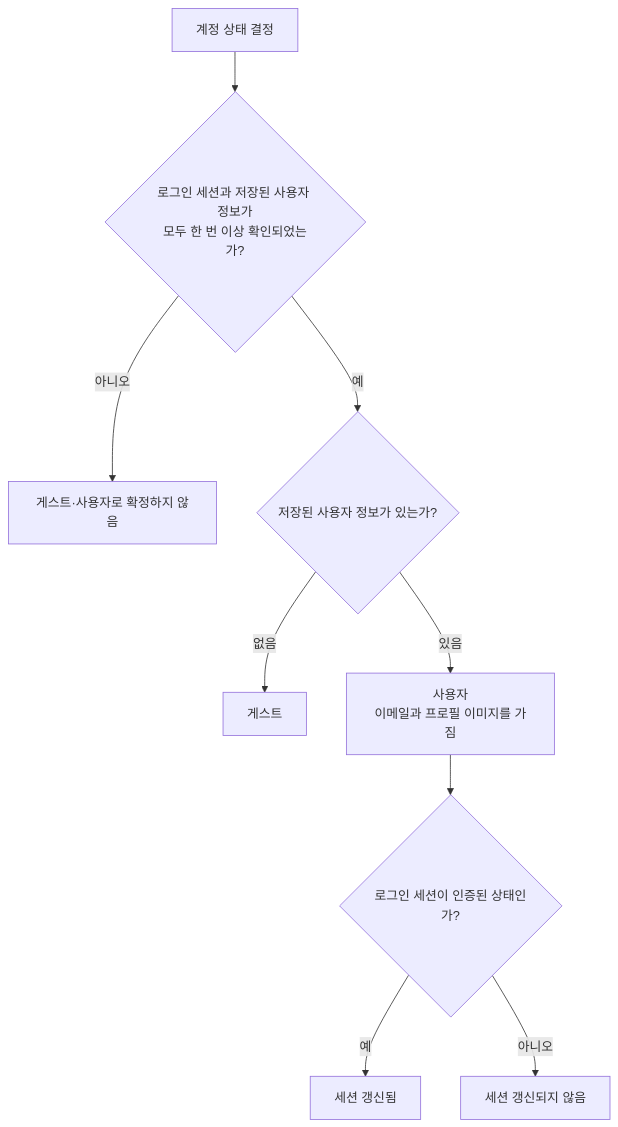
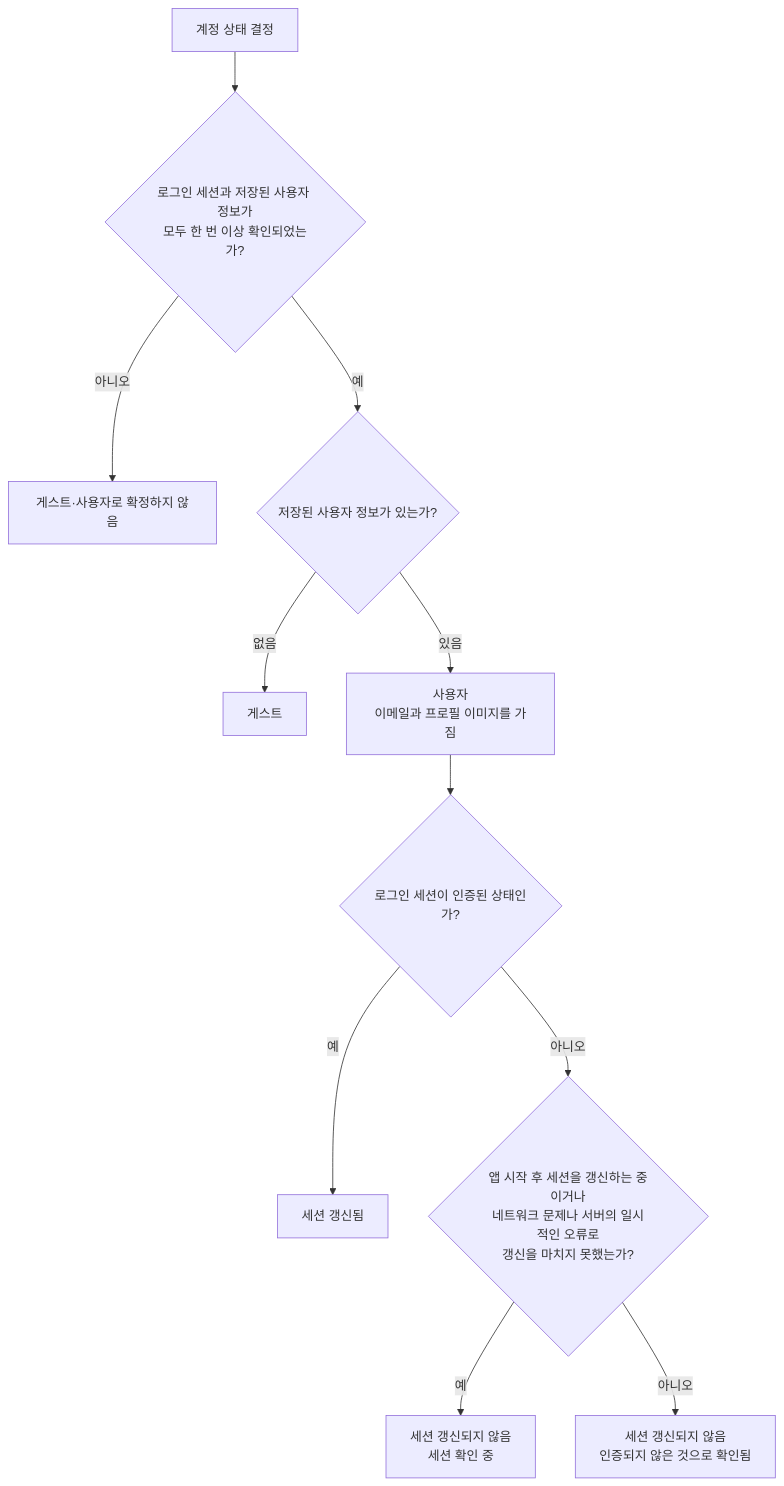
The diagram in docs/spec/client/account.md (taetae98coding/DiaryKMP), drawn with Mermaid before and after one commit. The commit also changed other lines of this file and 11 other files, not shown here.

````diff
--- a/docs/spec/client/account.md
+++ b/docs/spec/client/account.md
@@ -9,11 +9,13 @@
 ```mermaid
 flowchart TD
     start["계정 상태 결정"] --> ready{"로그인 세션과 저장된 사용자 정보가<br/>모두 한 번 이상 확인되었는가?"}
     ready -- 아니오 --> pending["게스트·사용자로 확정하지 않음"]
     ready -- 예 --> info{"저장된 사용자 정보가 있는가?"}
     info -- 없음 --> guest["게스트"]
     info -- 있음 --> user["사용자<br/>이메일과 프로필 이미지를 가짐"]
     user --> session{"로그인 세션이 인증된 상태인가?"}
     session -- 예 --> refreshed["세션 갱신됨"]
-    session -- 아니오 --> stale["세션 갱신되지 않음"]
+    session -- 아니오 --> checking{"앱 시작 후 세션을 갱신하는 중이거나<br/>네트워크 문제나 서버의 일시적인 오류로<br/>갱신을 마치지 못했는가?"}
+    checking -- 예 --> confirming["세션 갱신되지 않음<br/>세션 확인 중"]
+    checking -- 아니오 --> stale["세션 갱신되지 않음<br/>인증되지 않은 것으로 확인됨"]
 ```
````
